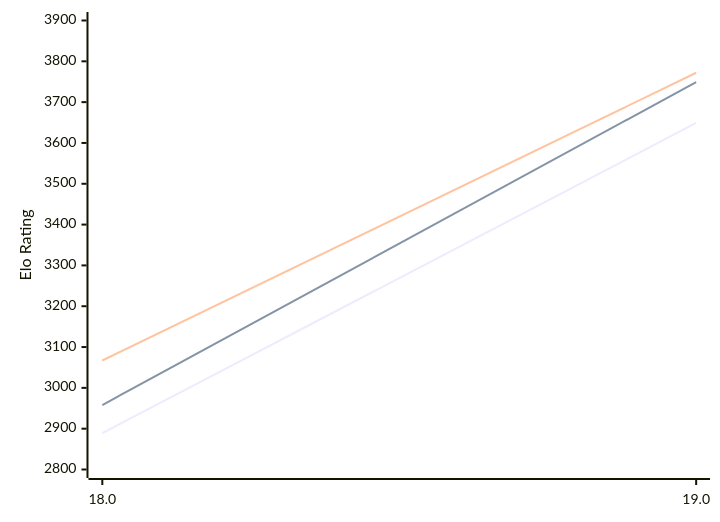
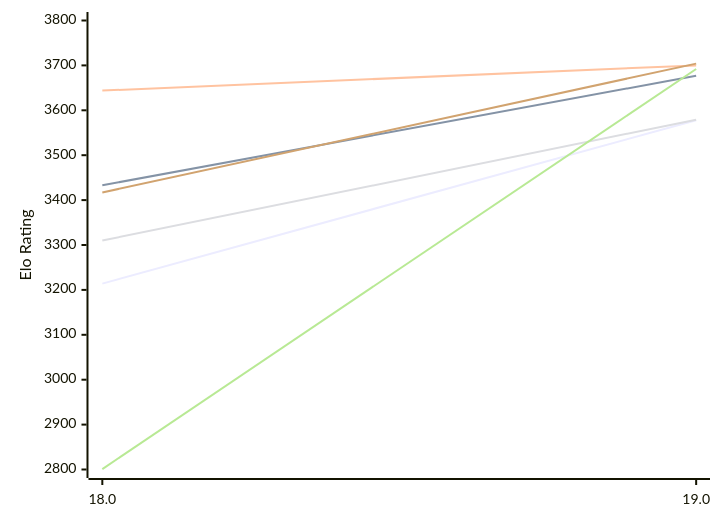
The first of 2 diagrams in engines/Stockfish.md (computer-chess-index/cci), drawn with Mermaid before and after one commit. The commit also changed other lines of this file, not shown here.

Commit message:
Update CCI Ratings (ELO VLTC) - 2026-11-13

````diff
--- a/engines/Stockfish.md
+++ b/engines/Stockfish.md
@@ -64,12 +64,12 @@
 ```mermaid
 %%{init: {"theme":"base","themeVariables":{"seriesColors:['#a3a3a3','#222221','#faa371']}}}%%
 xychart-beta
   x-axis ["18.0", "19.0"]
-  y-axis "Elo Rating" 2800 --> 3900
-  line "E1: STC (8.0+0.08s)" [2889, 3649]
-  line "E1: LTC (60.0+0.60s)" [2958, 3749]
-  line "E1: VLTC (2m24s+1.12s)" [3067, 3772]
-  line "P1: STC (8.0+0.08s)" [3746]
-  line "P1: LTC (60.0+0.60s)" [3860]
-  line "P1: VLTC (2m24s+1.12s)" [3872]
+  y-axis "Elo Rating" 2800 --> 3800
+  line "E1: STC (8.0+0.08s)" [3214, 3578]
+  line "E1: LTC (60.0+0.60s)" [3433, 3677]
+  line "E1: VLTC (2m24s+1.12s)" [3644, 3700]
+  line "P1: STC (8.0+0.08s)" [3310, 3579]
+  line "P1: LTC (60.0+0.60s)" [2801, 3692]
+  line "P1: VLTC (2m24s+1.12s)" [3417, 3704]
 ```
````
